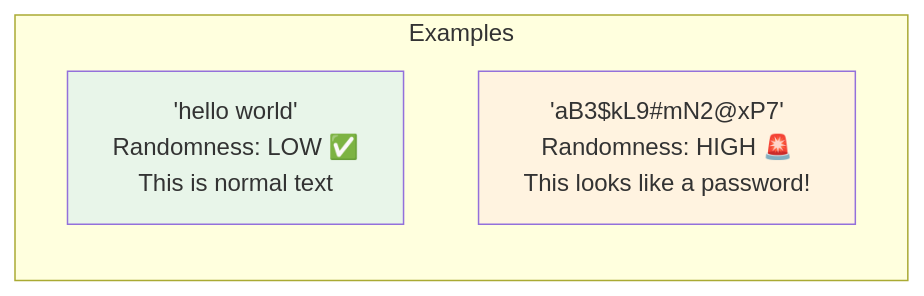
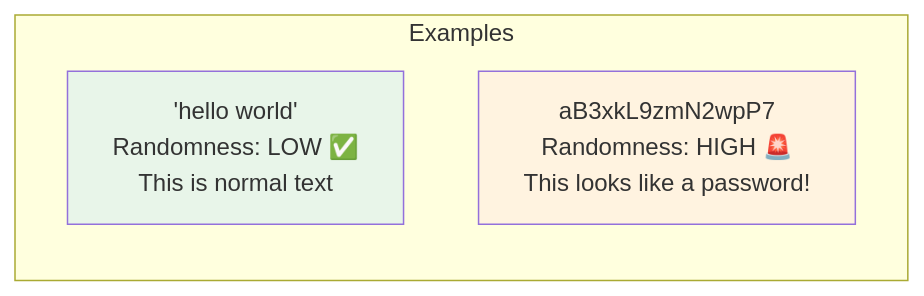
Before and after one commit to svemulapati/CredVigil: the fifth of 22 diagrams in docs/training/00-System-Design-Simple-Overview.md, drawn with Mermaid. The commit also changed other lines of this file and 8 other files, not shown here.

````diff
--- a/docs/training/00-System-Design-Simple-Overview.md
+++ b/docs/training/00-System-Design-Simple-Overview.md
@@ -147,10 +147,10 @@
 ```mermaid
 flowchart LR
     subgraph EXAMPLES["Examples"]
         NORMAL["'hello world'\nRandomness: LOW ✅\nThis is normal text"]
-        SUSPICIOUS["'aB3$kL9#mN2@xP7'\nRandomness: HIGH 🚨\nThis looks like a password!"]
+        SUSPICIOUS["aB3xkL9zmN2wpP7\nRandomness: HIGH 🚨\nThis looks like a password!"]
     end
 
     style NORMAL fill:#e8f5e9
     style SUSPICIOUS fill:#fff3e0
 ```
````
